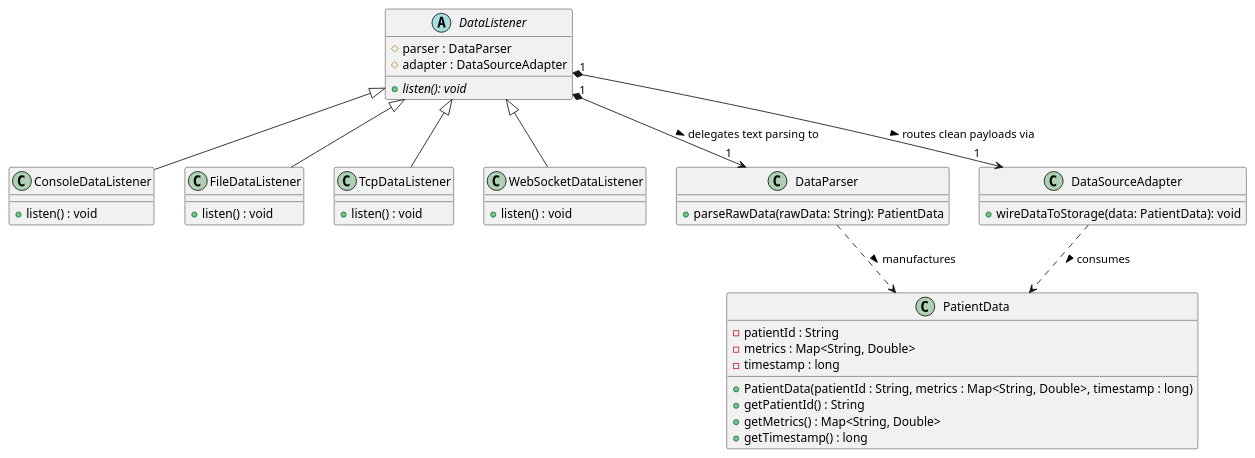
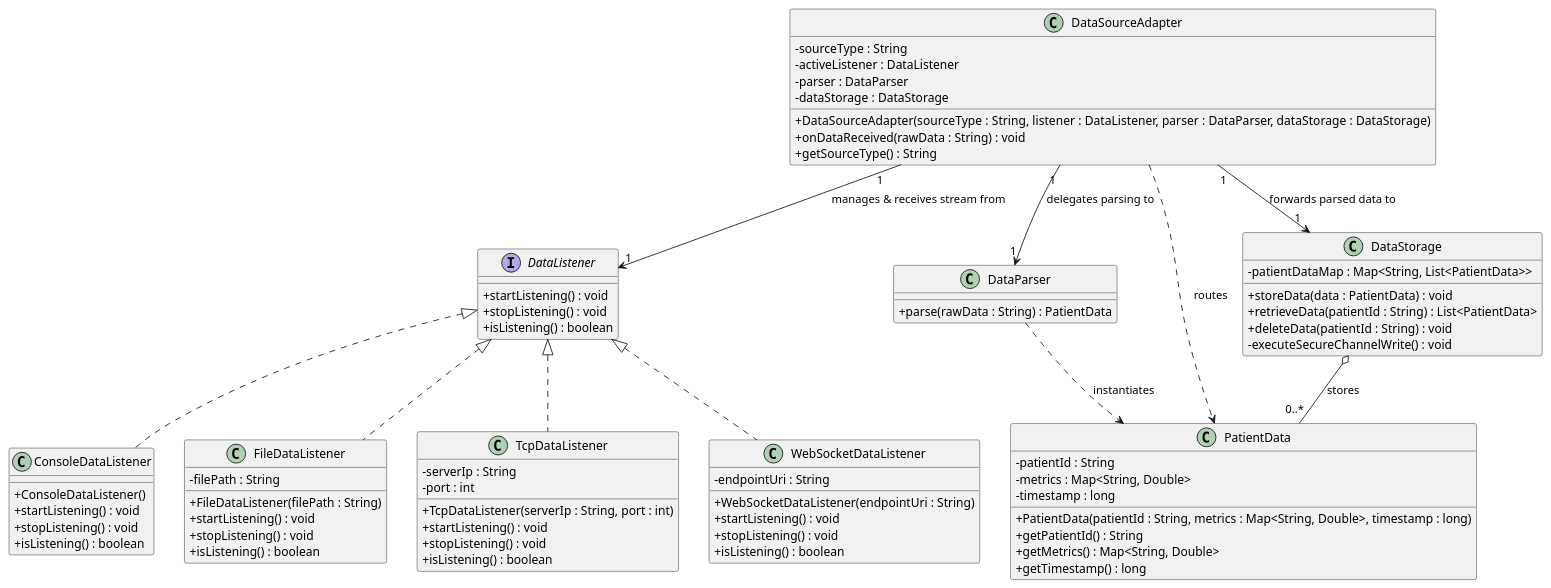
One commit to quacktastic/signal__project changed the diagram in src/uml/DataAccessLayer.puml. Above: the diagram before and after it, drawn with PlantUML. The commit also changed 3 other files, not shown here.

Commit message:
UML class diagrams are completed

```diff
--- a/src/uml/DataAccessLayer.puml
+++ b/src/uml/DataAccessLayer.puml
@@ -1,56 +1,83 @@
 @startuml
-'https://plantuml.com/class-diagram
+skinparam classAttributeIconSize 0
 
-abstract class DataListener {
-    # parser : DataParser
-    # adapter : DataSourceAdapter
-    {abstract} + listen(): void
-    
+interface DataListener {
+    + startListening() : void
+    + stopListening() : void
+    + isListening() : boolean
 }
 
-class ConsoleDataListener extends DataListener {
-   + listen() : void
-
-
+class ConsoleDataListener implements DataListener {
+    + ConsoleDataListener()
+    + startListening() : void
+    + stopListening() : void
+    + isListening() : boolean
 }
 
-class FileDataListener extends DataListener {
-   + listen() : void
+class FileDataListener implements DataListener {
+    - filePath : String
+    + FileDataListener(filePath : String)
+    + startListening() : void
+    + stopListening() : void
+    + isListening() : boolean
 }
 
-class TcpDataListener extends DataListener {
-   + listen() : void
+class TcpDataListener implements DataListener {
+    - serverIp : String
+    - port : int
+    + TcpDataListener(serverIp : String, port : int)
+    + startListening() : void
+    + stopListening() : void
+    + isListening() : boolean
 }
 
-class WebSocketDataListener extends DataListener {
-    + listen() : void
+class WebSocketDataListener implements DataListener {
+    - endpointUri : String
+    + WebSocketDataListener(endpointUri : String)
+    + startListening() : void
+    + stopListening() : void
+    + isListening() : boolean
 }
 
 class DataParser {
-   + parseRawData(rawData: String): PatientData
+    + parse(rawData : String) : PatientData
+}
 
+class PatientData {
+    - patientId : String
+    - metrics : Map<String, Double>
+    - timestamp : long
+    + PatientData(patientId : String, metrics : Map<String, Double>, timestamp : long)
+    + getPatientId() : String
+    + getMetrics() : Map<String, Double>
+    + getTimestamp() : long
 }
 
 class DataSourceAdapter {
-    + wireDataToStorage(data: PatientData): void
-
+    - sourceType : String
+    - activeListener : DataListener
+    - parser : DataParser
+    - dataStorage : DataStorage
+    + DataSourceAdapter(sourceType : String, listener : DataListener, parser : DataParser, dataStorage : DataStorage)
+    + onDataReceived(rawData : String) : void
+    + getSourceType() : String
 }
 
-class PatientData {
-- patientId : String
-- metrics : Map<String, Double>
-- timestamp : long
-+ PatientData(patientId : String, metrics : Map<String, Double>, timestamp : long)
-+ getPatientId() : String
-+ getMetrics() : Map<String, Double>
-+ getTimestamp() : long
+class DataStorage {
+    - patientDataMap : Map<String, List<PatientData>>
+    + storeData(data : PatientData) : void
+    + retrieveData(patientId : String) : List<PatientData>
+    + deleteData(patientId : String) : void
+    - executeSecureChannelWrite() : void
 }
 
+'--- Associations & Dependencies ---
+DataSourceAdapter "1" --> "1" DataListener : "manages & receives stream from"
+DataSourceAdapter "1" --> "1" DataParser : "delegates parsing to"
+DataSourceAdapter "1" --> "1" DataStorage : "forwards parsed data to"
 
-DataListener "1" *--> "1" DataParser : "delegates text parsing to >"
-DataListener "1" *--> "1" DataSourceAdapter : "routes clean payloads via >"
-DataParser ..> PatientData : "manufactures >"
-DataSourceAdapter ..> PatientData : "consumes >"
-
+DataParser ..> PatientData : "instantiates"
+DataSourceAdapter ..> PatientData : "routes"
+DataStorage o-- "0..*" PatientData : "stores"
 
 @enduml
```
